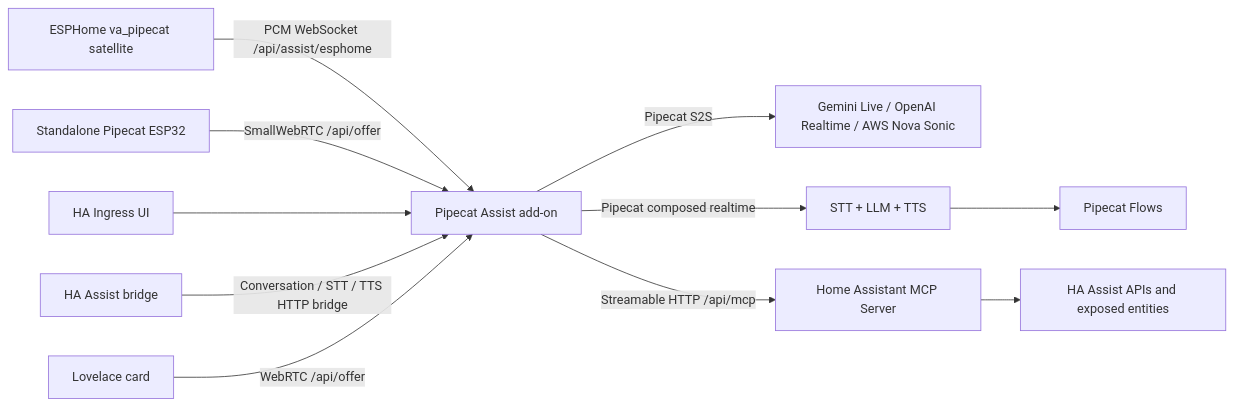
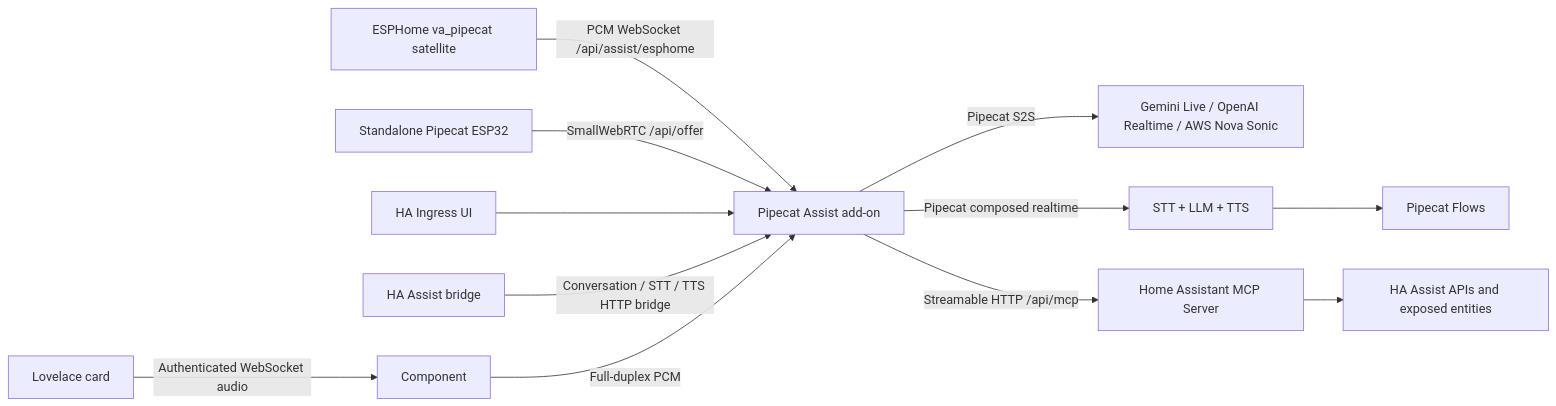
One commit to kyvaith/pipecat-homeassistant changed the diagram in README.md. Above: the diagram before and after it, drawn with Mermaid. The commit also changed other lines of this file and 21 other files, not shown here.

````diff
--- a/README.md
+++ b/README.md
@@ -156,13 +156,14 @@
 ```mermaid
 flowchart LR
     ESPHome["ESPHome va_pipecat satellite"] -->|"PCM WebSocket /api/assist/esphome"| Addon["Pipecat Assist add-on"]
     ESP32["Standalone Pipecat ESP32"] -->|"SmallWebRTC /api/offer"| Addon
     Browser["HA Ingress UI"] --> Addon
     HAConv["HA Assist bridge"] -->|"Conversation / STT / TTS HTTP bridge"| Addon
-    Lovelace["Lovelace card"] -->|"WebRTC /api/offer"| Addon
+    Lovelace["Lovelace card"] -->|"Authenticated WebSocket audio"| Component
+    Component -->|"Full-duplex PCM"| Addon
     Addon -->|"Pipecat S2S"| Realtime["Gemini Live / OpenAI Realtime / AWS Nova Sonic"]
     Addon -->|"Pipecat composed realtime"| Cascade["STT + LLM + TTS"]
     Cascade --> Flow["Pipecat Flows"]
     Addon -->|"Streamable HTTP /api/mcp"| HAMCP["Home Assistant MCP Server"]
     HAMCP --> Assist["HA Assist APIs and exposed entities"]
 ```
````
